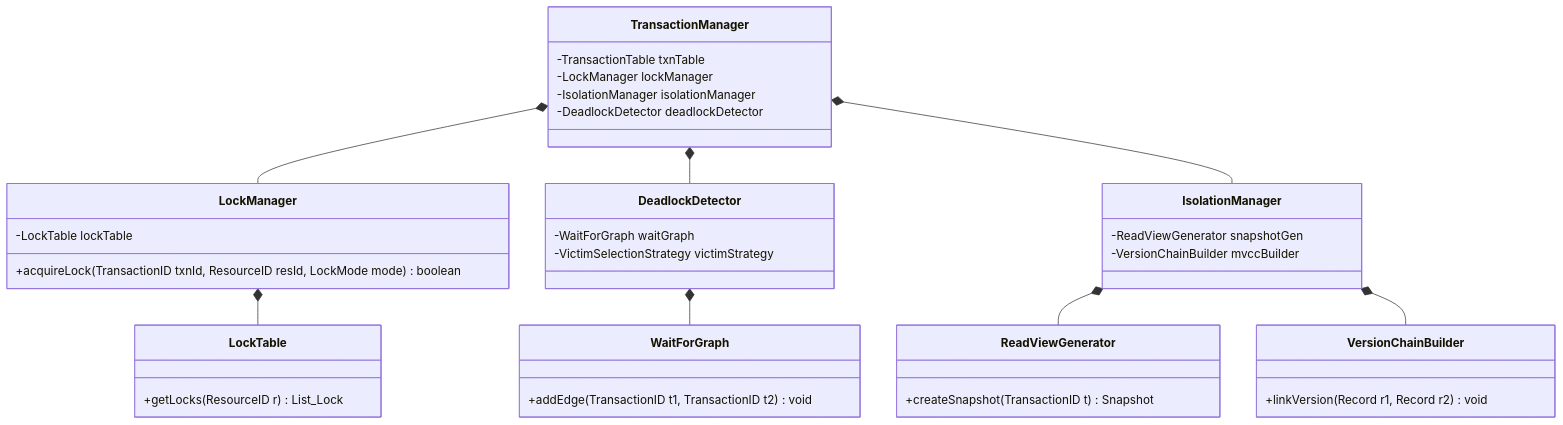
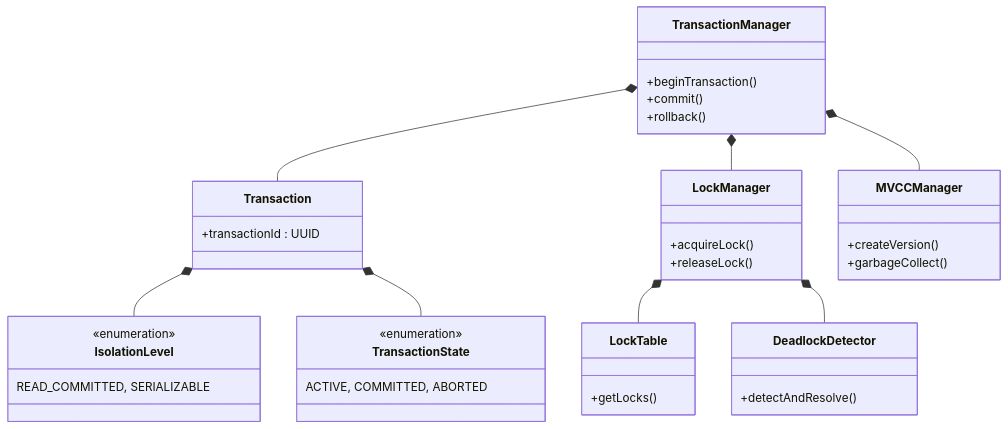
The fifth of 16 diagrams in README.md (TamBui1706/DBMS), drawn with Mermaid before and after one commit. The commit also changed other lines of this file and 112 other files, not shown here.

Commit message:
Add doc tests and flow charts

````diff
--- a/README.md
+++ b/README.md
@@ -618,41 +517,41 @@
 ```mermaid
 classDiagram
-class TransactionManager {
-        -TransactionTable txnTable
-        -LockManager lockManager
-        -IsolationManager isolationManager
-        -DeadlockDetector deadlockDetector
+    class TransactionManager {
+        +beginTransaction()
+        +commit()
+        +rollback()
+    }
+    class Transaction {
+        +transactionId : UUID
+    }
+    class IsolationLevel {
+        <<enumeration>>
+        READ_COMMITTED, SERIALIZABLE
+    }
+    class TransactionState {
+        <<enumeration>>
+        ACTIVE, COMMITTED, ABORTED
     }
     class LockManager {
-        -LockTable lockTable
-        +acquireLock(TransactionID txnId, ResourceID resId, LockMode mode) boolean
+        +acquireLock()
+        +releaseLock()
     }
     class LockTable {
-        +getLocks(ResourceID r) List_Lock
+        +getLocks()
     }
     class DeadlockDetector {
-        -WaitForGraph waitGraph
-        -VictimSelectionStrategy victimStrategy
+        +detectAndResolve()
     }
-    class WaitForGraph {
-        +addEdge(TransactionID t1, TransactionID t2) void
-    }
-    class IsolationManager {
-        -ReadViewGenerator snapshotGen
-        -VersionChainBuilder mvccBuilder
-    }
-    class ReadViewGenerator {
-        +createSnapshot(TransactionID t) Snapshot
-    }
-    class VersionChainBuilder {
-        +linkVersion(Record r1, Record r2) void
+    class MVCCManager {
+        +createVersion()
+        +garbageCollect()
     }
 
+    TransactionManager *-- Transaction
     TransactionManager *-- LockManager
-    TransactionManager *-- DeadlockDetector
-    TransactionManager *-- IsolationManager
+    TransactionManager *-- MVCCManager
+    Transaction *-- IsolationLevel
+    Transaction *-- TransactionState
     LockManager *-- LockTable
-    DeadlockDetector *-- WaitForGraph
-    IsolationManager *-- ReadViewGenerator
-    IsolationManager *-- VersionChainBuilder
+    LockManager *-- DeadlockDetector
 ```
````
